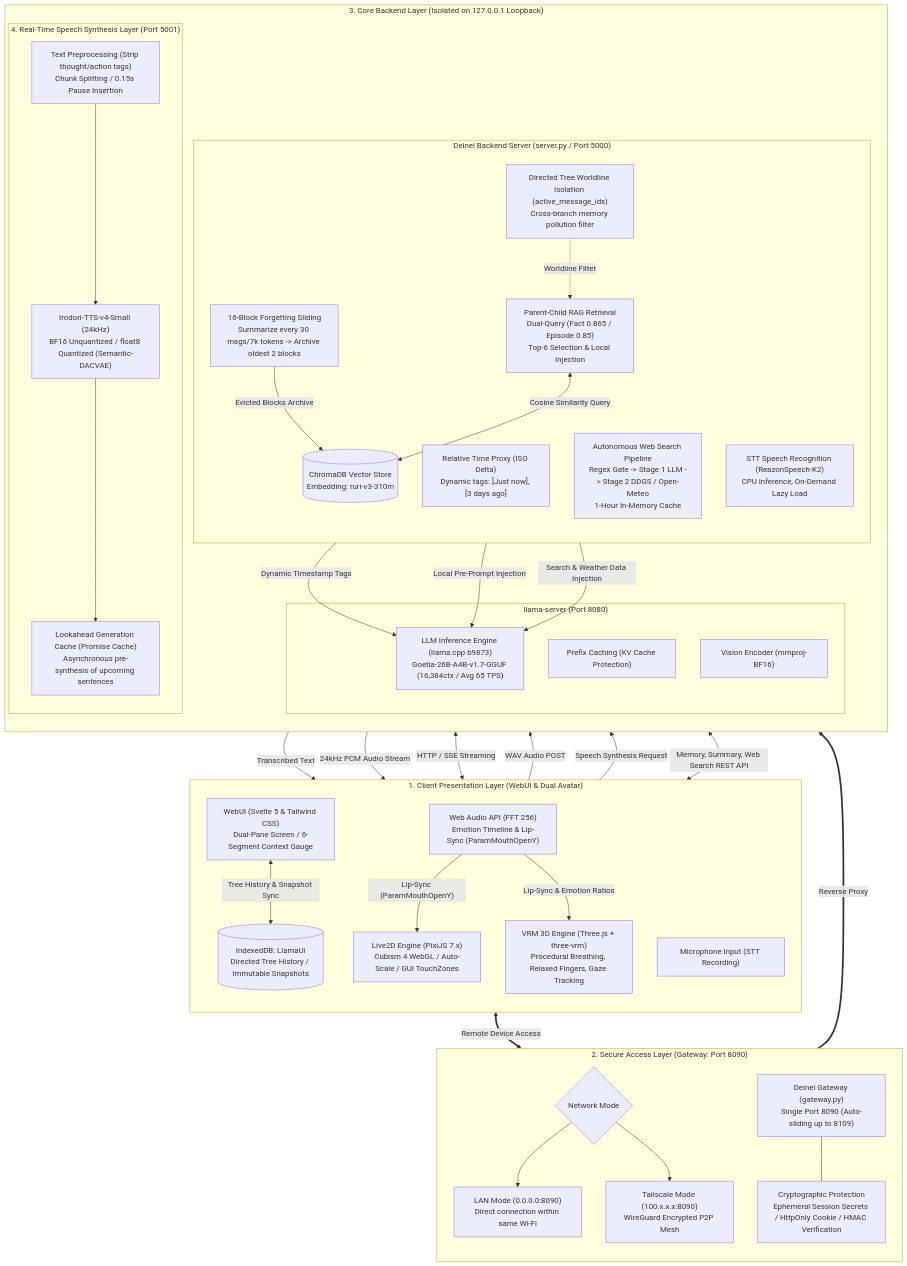
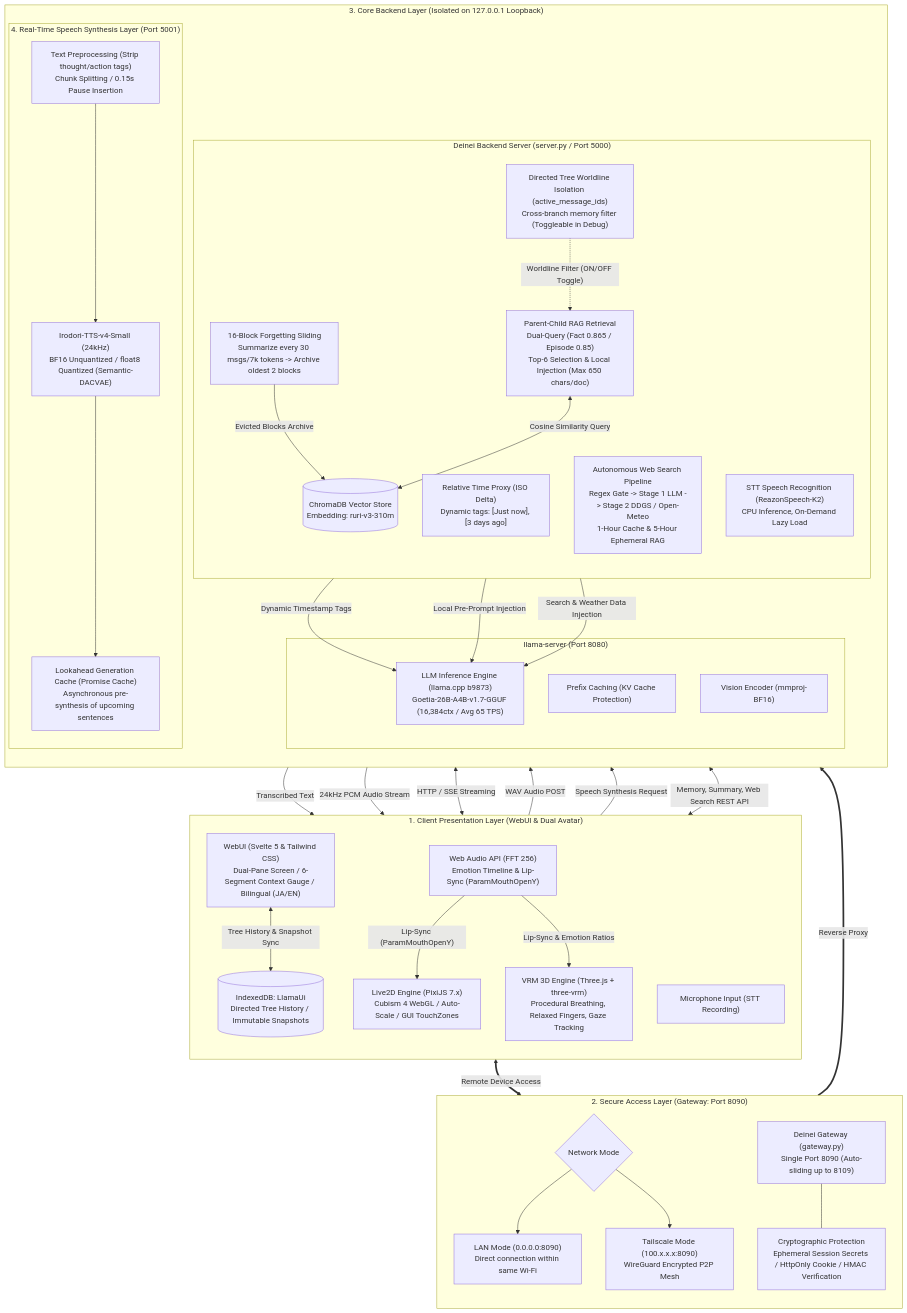
The diagram in README.en.md (kakushiarerukea/Deinei), drawn with Mermaid before and after one commit. The commit also changed other lines of this file and 23 other files, not shown here.

````diff
--- a/README.en.md
+++ b/README.en.md
@@ -126,74 +126,74 @@
 ```mermaid
 flowchart TD
     subgraph Client ["1. Client Presentation Layer (WebUI & Dual Avatar)"]
         direction TB
-        BrowserUI["WebUI (Svelte 5 & Tailwind CSS)<br>Dual-Pane Screen / 6-Segment Context Gauge"]
+        BrowserUI["WebUI (Svelte 5 & Tailwind CSS)<br>Dual-Pane Screen / 6-Segment Context Gauge / Bilingual (JA/EN)"]
         TreeDB[("IndexedDB: LlamaUi<br>Directed Tree History / Immutable Snapshots")]
         VRM["VRM 3D Engine (Three.js + three-vrm)<br>Procedural Breathing, Relaxed Fingers, Gaze Tracking"]
         Live2D["Live2D Engine (PixiJS 7.x)<br>Cubism 4 WebGL / Auto-Scale / GUI TouchZones"]
         WebAudio["Web Audio API (FFT 256)<br>Emotion Timeline & Lip-Sync (ParamMouthOpenY)"]
         Microphone["Microphone Input (STT Recording)"]
     end
 
     subgraph GatewayLayer ["2. Secure Access Layer (Gateway: Port 8090)"]
         direction TB
         GW["Deinei Gateway (gateway.py)<br>Single Port 8090 (Auto-sliding up to 8109)"]
         Auth["Cryptographic Protection<br>Ephemeral Session Secrets / HttpOnly Cookie / HMAC Verification"]
         NetMode{"Network Mode"}
         LAN["LAN Mode (0.0.0.0:8090)<br>Direct connection within same Wi-Fi"]
         Tailscale["Tailscale Mode (100.x.x.x:8090)<br>WireGuard Encrypted P2P Mesh"]
     end
 
     subgraph BackendLayer ["3. Core Backend Layer (Isolated on 127.0.0.1 Loopback)"]
         direction TB
         subgraph LLMServer ["llama-server (Port 8080)"]
             Inference["LLM Inference Engine (llama.cpp b9873)<br>Goetia-26B-A4B-v1.7-GGUF (16,384ctx / Avg 65 TPS)"]
             KV["Prefix Caching (KV Cache Protection)"]
             Vision["Vision Encoder (mmproj-BF16)"]
         end
 
         subgraph DeineiServer ["Deinei Backend Server (server.py / Port 5000)"]
             direction TB
             Slide["16-Block Forgetting Sliding<br>Summarize every 30 msgs/7k tokens -> Archive oldest 2 blocks"]
-            ParentChild["Parent-Child RAG Retrieval<br>Dual-Query (Fact 0.865 / Episode 0.85)<br>Top-6 Selection & Local Injection"]
-            Worldline["Directed Tree Worldline Isolation (active_message_ids)<br>Cross-branch memory pollution filter"]
+            ParentChild["Parent-Child RAG Retrieval<br>Dual-Query (Fact 0.865 / Episode 0.85)<br>Top-6 Selection & Local Injection (Max 650 chars/doc)"]
+            Worldline["Directed Tree Worldline Isolation (active_message_ids)<br>Cross-branch memory filter (Toggleable in Debug)"]
             RelativeTime["Relative Time Proxy (ISO Delta)<br>Dynamic tags: [Just now], [3 days ago]"]
-            WebSearch["Autonomous Web Search Pipeline<br>Regex Gate -> Stage 1 LLM -> Stage 2 DDGS / Open-Meteo<br>1-Hour In-Memory Cache"]
+            WebSearch["Autonomous Web Search Pipeline<br>Regex Gate -> Stage 1 LLM -> Stage 2 DDGS / Open-Meteo<br>1-Hour Cache & 5-Hour Ephemeral RAG"]
             STTEngine["STT Speech Recognition (ReazonSpeech-K2)<br>CPU Inference, On-Demand Lazy Load"]
             ChromaDB[("ChromaDB Vector Store<br>Embedding: ruri-v3-310m")]
         end
 
         subgraph TTSServer ["4. Real-Time Speech Synthesis Layer (Port 5001)"]
             TTSCore["Irodori-TTS-v4-Small (24kHz)<br>BF16 Unquantized / float8 Quantized (Semantic-DACVAE)"]
             TTSPipeline["Text Preprocessing (Strip thought/action tags)<br>Chunk Splitting / 0.15s Pause Insertion"]
             TTSCache["Lookahead Generation Cache (Promise Cache)<br>Asynchronous pre-synthesis of upcoming sentences"]
         end
     end
 
     %% Data Flow Connections
     Client <== "Remote Device Access" ==> GatewayLayer
     NetMode --> LAN
     NetMode --> Tailscale
     GW --- Auth
     GW ==>|"Reverse Proxy"| BackendLayer
 
     BrowserUI <-->|"HTTP / SSE Streaming"| Inference
     BrowserUI <-->|"Tree History & Snapshot Sync"| TreeDB
     BrowserUI <-->|"Memory, Summary, Web Search REST API"| DeineiServer
     Microphone -->|"WAV Audio POST"| STTEngine
     STTEngine -->|"Transcribed Text"| BrowserUI
 
     Slide -->|"Evicted Blocks Archive"| ChromaDB
     ParentChild <-->|"Cosine Similarity Query"| ChromaDB
-    Worldline -. "Worldline Filter" .-> ParentChild
+    Worldline -. "Worldline Filter (ON/OFF Toggle)" .-> ParentChild
     RelativeTime -->|"Dynamic Timestamp Tags"| Inference
     ParentChild -->|"Local Pre-Prompt Injection"| Inference
     WebSearch -->|"Search & Weather Data Injection"| Inference
 
     BrowserUI -->|"Speech Synthesis Request"| TTSPipeline
     TTSPipeline --> TTSCore
     TTSCore --> TTSCache
     TTSCache -->|"24kHz PCM Audio Stream"| WebAudio
     WebAudio -->|"Lip-Sync (ParamMouthOpenY)"| Live2D
     WebAudio -->|"Lip-Sync & Emotion Ratios"| VRM
 ```
````
